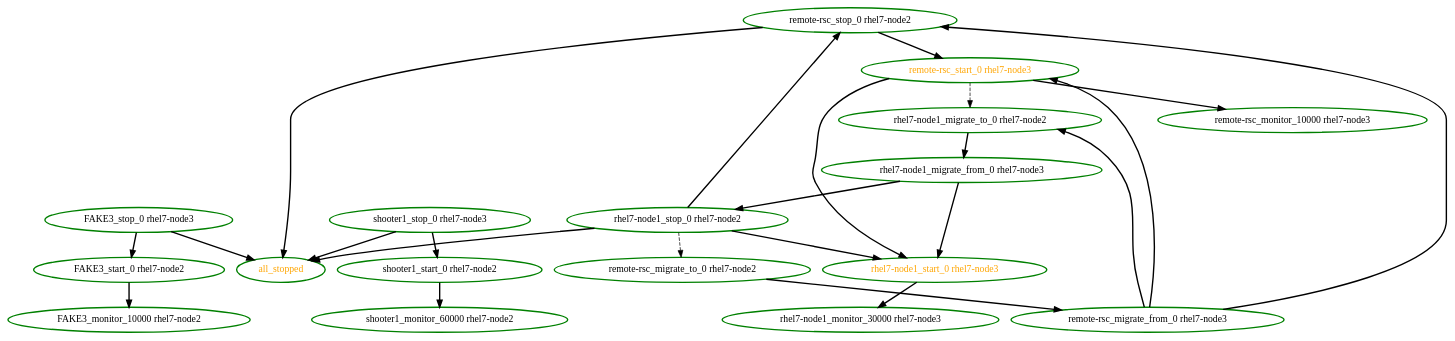
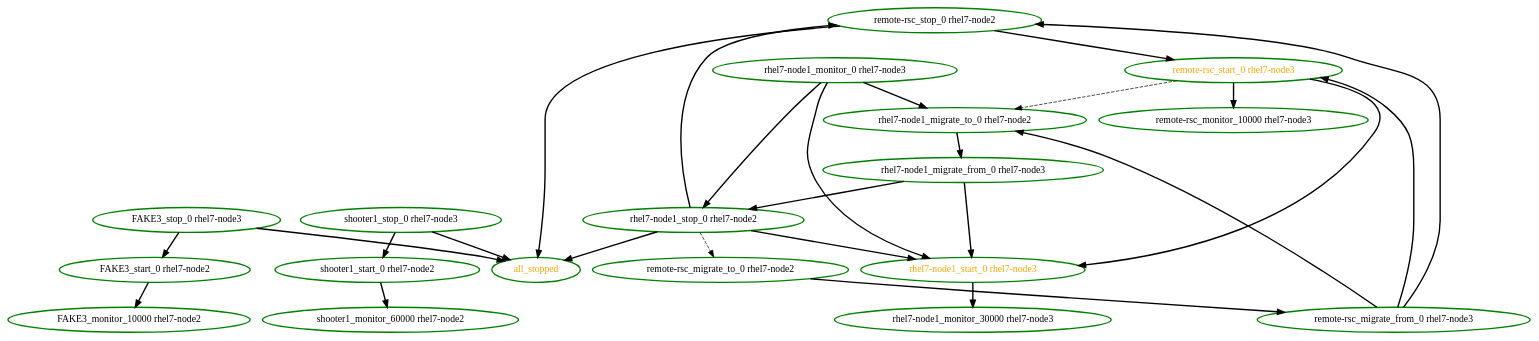
The diagram in pengine/test10/whitebox-migrate1.dot (ClusterLabs/pacemaker), drawn with Graphviz before and after one commit. The commit also changed 23 other files, not shown here.

```diff
--- a/pengine/test10/whitebox-migrate1.dot
+++ b/pengine/test10/whitebox-migrate1.dot
@@ -1,42 +1,46 @@
  digraph "g" {
 "FAKE3_monitor_10000 rhel7-node2" [ style=bold color="green" fontcolor="black"]
 "FAKE3_start_0 rhel7-node2" -> "FAKE3_monitor_10000 rhel7-node2" [ style = bold]
 "FAKE3_start_0 rhel7-node2" [ style=bold color="green" fontcolor="black"]
 "FAKE3_stop_0 rhel7-node3" -> "FAKE3_start_0 rhel7-node2" [ style = bold]
 "FAKE3_stop_0 rhel7-node3" -> "all_stopped" [ style = bold]
 "FAKE3_stop_0 rhel7-node3" [ style=bold color="green" fontcolor="black"]
 "all_stopped" [ style=bold color="green" fontcolor="orange"]
 "remote-rsc_migrate_from_0 rhel7-node3" -> "remote-rsc_start_0 rhel7-node3" [ style = bold]
 "remote-rsc_migrate_from_0 rhel7-node3" -> "remote-rsc_stop_0 rhel7-node2" [ style = bold]
 "remote-rsc_migrate_from_0 rhel7-node3" -> "rhel7-node1_migrate_to_0 rhel7-node2" [ style = bold]
 "remote-rsc_migrate_from_0 rhel7-node3" [ style=bold color="green" fontcolor="black"]
 "remote-rsc_migrate_to_0 rhel7-node2" -> "remote-rsc_migrate_from_0 rhel7-node3" [ style = bold]
 "remote-rsc_migrate_to_0 rhel7-node2" [ style=bold color="green" fontcolor="black"]
 "remote-rsc_monitor_10000 rhel7-node3" [ style=bold color="green" fontcolor="black"]
 "remote-rsc_start_0 rhel7-node3" -> "remote-rsc_monitor_10000 rhel7-node3" [ style = bold]
 "remote-rsc_start_0 rhel7-node3" -> "rhel7-node1_migrate_to_0 rhel7-node2" [ style = dashed]
 "remote-rsc_start_0 rhel7-node3" -> "rhel7-node1_start_0 rhel7-node3" [ style = bold]
 "remote-rsc_start_0 rhel7-node3" [ style=bold color="green" fontcolor="orange"]
 "remote-rsc_stop_0 rhel7-node2" -> "all_stopped" [ style = bold]
 "remote-rsc_stop_0 rhel7-node2" -> "remote-rsc_start_0 rhel7-node3" [ style = bold]
 "remote-rsc_stop_0 rhel7-node2" [ style=bold color="green" fontcolor="black"]
 "rhel7-node1_migrate_from_0 rhel7-node3" -> "rhel7-node1_start_0 rhel7-node3" [ style = bold]
 "rhel7-node1_migrate_from_0 rhel7-node3" -> "rhel7-node1_stop_0 rhel7-node2" [ style = bold]
 "rhel7-node1_migrate_from_0 rhel7-node3" [ style=bold color="green" fontcolor="black"]
 "rhel7-node1_migrate_to_0 rhel7-node2" -> "rhel7-node1_migrate_from_0 rhel7-node3" [ style = bold]
 "rhel7-node1_migrate_to_0 rhel7-node2" [ style=bold color="green" fontcolor="black"]
+"rhel7-node1_monitor_0 rhel7-node3" -> "rhel7-node1_migrate_to_0 rhel7-node2" [ style = bold]
+"rhel7-node1_monitor_0 rhel7-node3" -> "rhel7-node1_start_0 rhel7-node3" [ style = bold]
+"rhel7-node1_monitor_0 rhel7-node3" -> "rhel7-node1_stop_0 rhel7-node2" [ style = bold]
+"rhel7-node1_monitor_0 rhel7-node3" [ style=bold color="green" fontcolor="black"]
 "rhel7-node1_monitor_30000 rhel7-node3" [ style=bold color="green" fontcolor="black"]
 "rhel7-node1_start_0 rhel7-node3" -> "rhel7-node1_monitor_30000 rhel7-node3" [ style = bold]
 "rhel7-node1_start_0 rhel7-node3" [ style=bold color="green" fontcolor="orange"]
 "rhel7-node1_stop_0 rhel7-node2" -> "all_stopped" [ style = bold]
 "rhel7-node1_stop_0 rhel7-node2" -> "remote-rsc_migrate_to_0 rhel7-node2" [ style = dashed]
 "rhel7-node1_stop_0 rhel7-node2" -> "remote-rsc_stop_0 rhel7-node2" [ style = bold]
 "rhel7-node1_stop_0 rhel7-node2" -> "rhel7-node1_start_0 rhel7-node3" [ style = bold]
 "rhel7-node1_stop_0 rhel7-node2" [ style=bold color="green" fontcolor="black"]
 "shooter1_monitor_60000 rhel7-node2" [ style=bold color="green" fontcolor="black"]
 "shooter1_start_0 rhel7-node2" -> "shooter1_monitor_60000 rhel7-node2" [ style = bold]
 "shooter1_start_0 rhel7-node2" [ style=bold color="green" fontcolor="black"]
 "shooter1_stop_0 rhel7-node3" -> "all_stopped" [ style = bold]
 "shooter1_stop_0 rhel7-node3" -> "shooter1_start_0 rhel7-node2" [ style = bold]
 "shooter1_stop_0 rhel7-node3" [ style=bold color="green" fontcolor="black"]
 }
```
